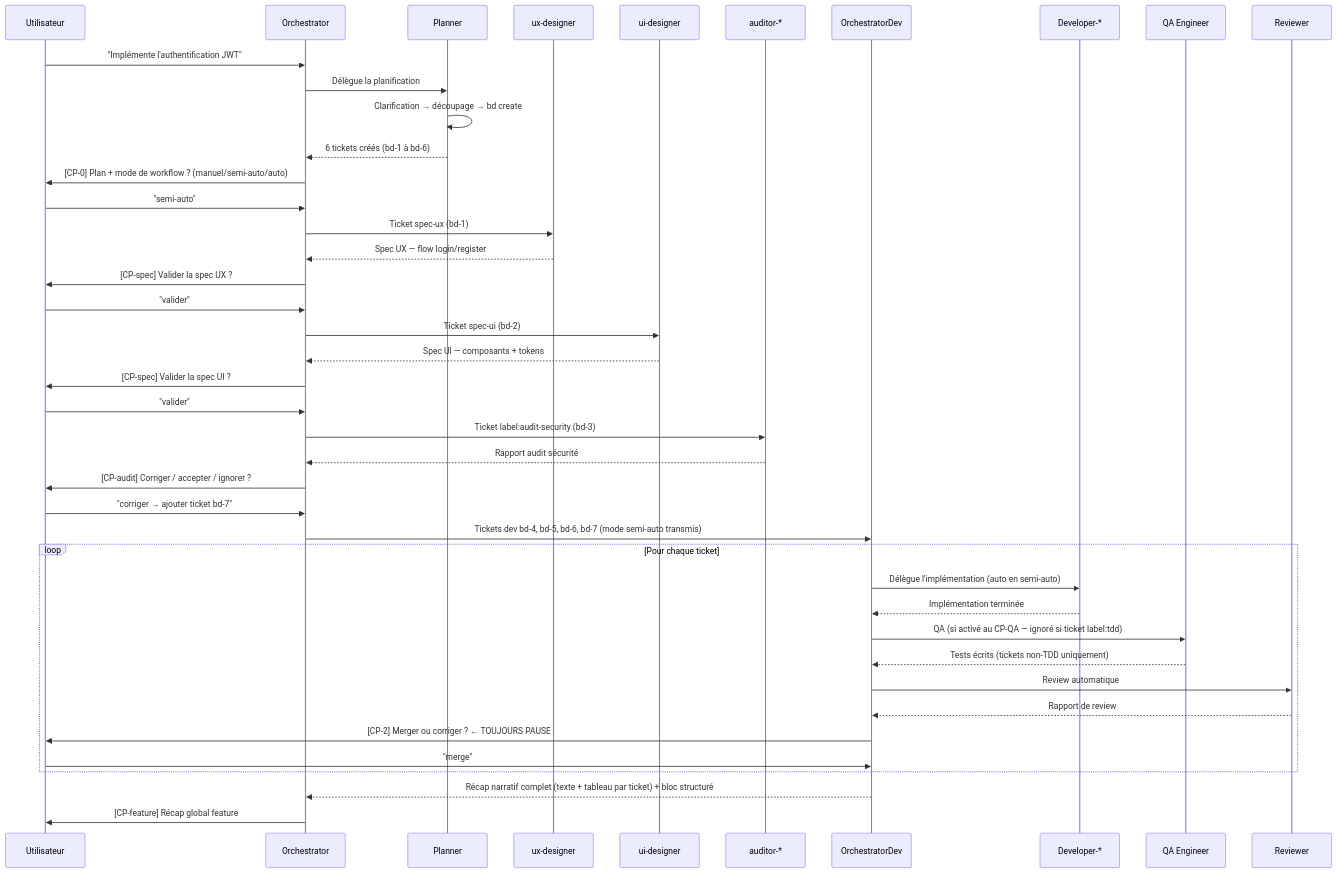
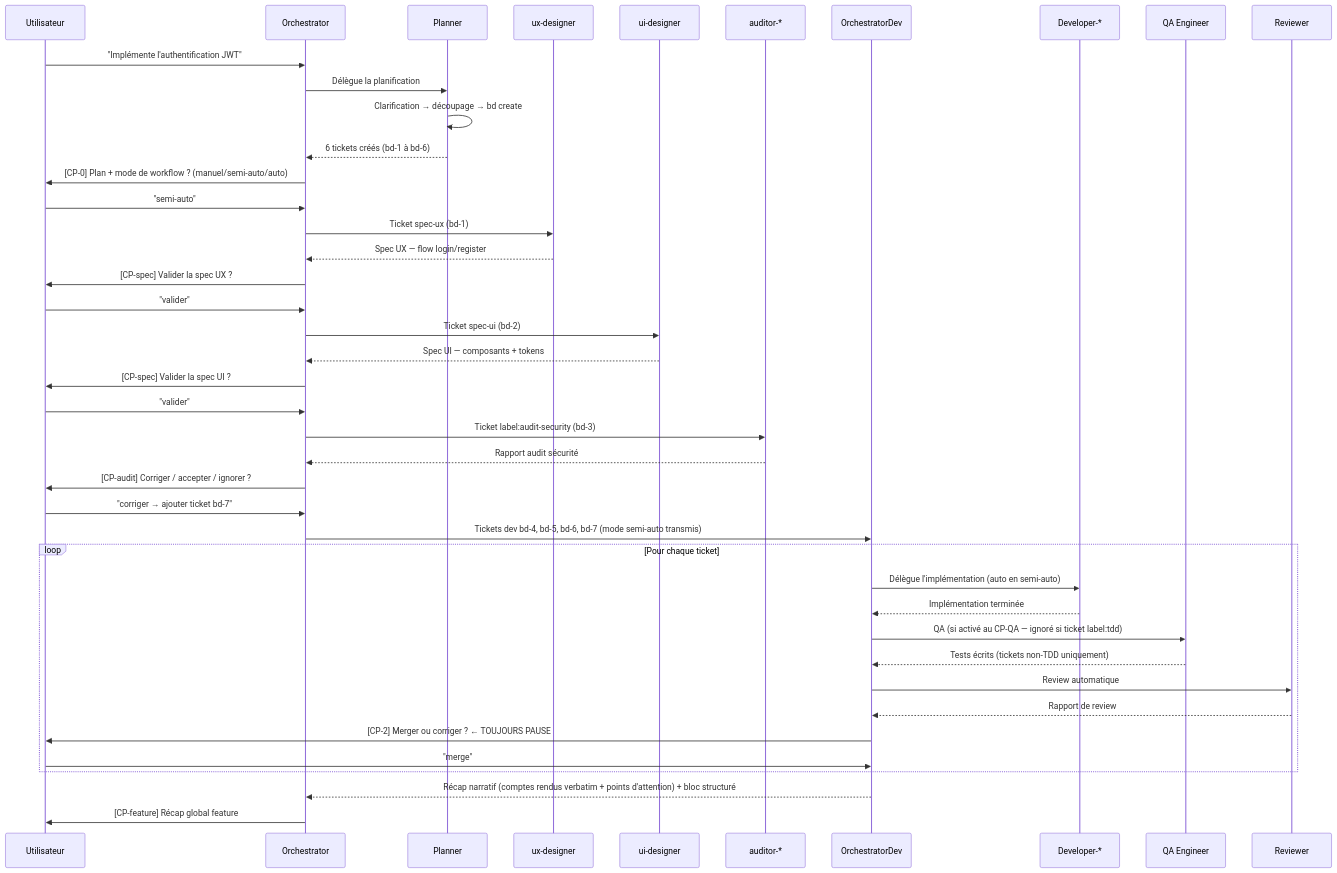
Before and after one commit to datichb/openhub: the first of 6 diagrams in docs/guides/workflows.fr.md, drawn with Mermaid. The commit also changed other lines of this file and 18 other files, not shown here.

First line of the commit message:
fix(handoff): supprimer la duplication narratif/bloc structuré sur tous les agents

````diff
--- a/docs/guides/workflows.fr.md
+++ b/docs/guides/workflows.fr.md
@@ -38,50 +38,50 @@
 ```mermaid
 sequenceDiagram
     participant U as Utilisateur
     participant O as Orchestrator
     participant PL as Planner
     participant UX as ux-designer
     participant UI as ui-designer
     participant AU as auditor-*
     participant OD as OrchestratorDev
     participant DEV as Developer-*
     participant QA as QA Engineer
     participant R as Reviewer
 
     U->>O: "Implémente l'authentification JWT"
     O->>PL: Délègue la planification
     PL->>PL: Clarification → découpage → bd create
     PL-->>O: 6 tickets créés (bd-1 à bd-6)
     O->>U: [CP-0] Plan + mode de workflow ? (manuel/semi-auto/auto)
     U->>O: "semi-auto"
 
     O->>UX: Ticket spec-ux (bd-1)
     UX-->>O: Spec UX — flow login/register
     O->>U: [CP-spec] Valider la spec UX ?
     U->>O: "valider"
 
     O->>UI: Ticket spec-ui (bd-2)
     UI-->>O: Spec UI — composants + tokens
     O->>U: [CP-spec] Valider la spec UI ?
     U->>O: "valider"
 
     O->>AU: Ticket label:audit-security (bd-3)
     AU-->>O: Rapport audit sécurité
     O->>U: [CP-audit] Corriger / accepter / ignorer ?
     U->>O: "corriger → ajouter ticket bd-7"
 
     O->>OD: Tickets dev bd-4, bd-5, bd-6, bd-7 (mode semi-auto transmis)
     loop Pour chaque ticket
         OD->>DEV: Délègue l'implémentation (auto en semi-auto)
         DEV-->>OD: Implémentation terminée
         OD->>QA: QA (si activé au CP-QA — ignoré si ticket label:tdd)
         QA-->>OD: Tests écrits (tickets non-TDD uniquement)
         OD->>R: Review automatique
         R-->>OD: Rapport de review
         OD->>U: [CP-2] Merger ou corriger ? ← TOUJOURS PAUSE
         U->>OD: "merge"
     end
-    OD-->>O: Récap narratif complet (texte + tableau par ticket) + bloc structuré
+    OD-->>O: Récap narratif (comptes rendus verbatim + points d'attention) + bloc structuré
 
     O->>U: [CP-feature] Récap global feature
 ```
````
